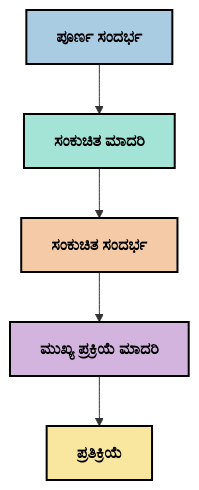
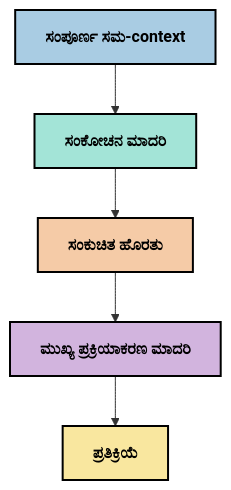
Before and after one commit to HIDORAKAI002/ai-workspace-archive: the fifth of 6 diagrams in mcp_ecosystem__model_context_protocol/mcp_learning_resources/mcp-for-beginners/translations/kn/05-AdvancedTopics/mcp-contextengineering/README.md, drawn with Mermaid. The commit also changed other lines of this file and 1046 other files, not shown here.

````diff
--- a/mcp_ecosystem__model_context_protocol/mcp_learning_resources/mcp-for-beginners/translations/kn/05-AdvancedTopics/mcp-contextengineering/README.md
+++ b/mcp_ecosystem__model_context_protocol/mcp_learning_resources/mcp-for-beginners/translations/kn/05-AdvancedTopics/mcp-contextengineering/README.md
@@ -233,13 +239,13 @@
 ```mermaid
 graph TD
-    A[ಪೂರ್ಣ ಸಂದರ್ಭ] --> B[ಸಂಕುಚಿತ ಮಾದರಿ]
-    B --> C[ಸಂಕುಚಿತ ಸಂದರ್ಭ]
-    C --> D[ಮುಖ್ಯ ಪ್ರಕ್ರಿಯೆ ಮಾದರಿ]
+    A[ಸಂಪೂರ್ಣ ಸಮ-context] --> B[ಸಂಕೋಚನ ಮಾದರಿ]
+    B --> C[ಸಂಕುಚಿತ ಹೊರತು]
+    C --> D[ಮುಖ್ಯ ಪ್ರಕ್ರಿಯಾಕರಣ ಮಾದರಿ]
     D --> E[ಪ್ರತಿಕ್ರಿಯೆ]
     
     style A fill:#A9CCE3,stroke:#000000,stroke-width:2px,color:#000000,font-weight:bold
     style B fill:#A3E4D7,stroke:#000000,stroke-width:2px,color:#000000,font-weight:bold
     style C fill:#F5CBA7,stroke:#000000,stroke-width:2px,color:#000000,font-weight:bold
     style D fill:#D2B4DE,stroke:#000000,stroke-width:2px,color:#000000,font-weight:bold
     style E fill:#F9E79F,stroke:#000000,stroke-width:2px,color:#000000,font-weight:bold
 ```
````
